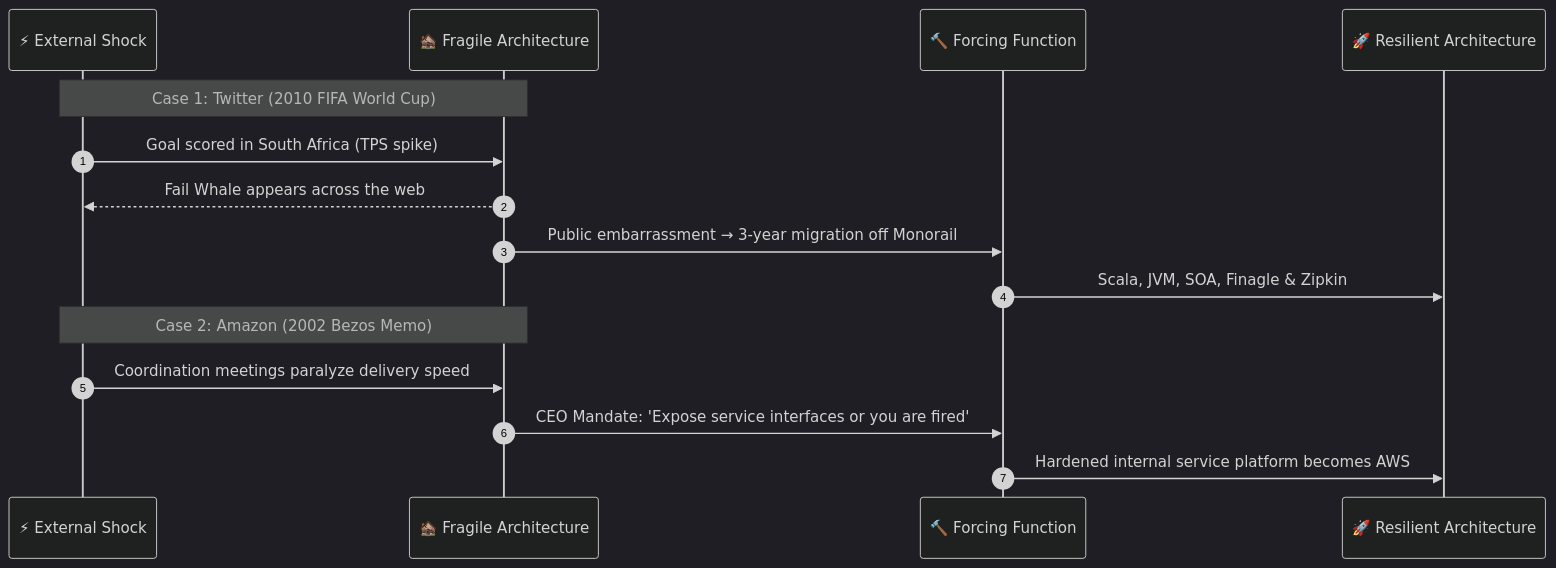
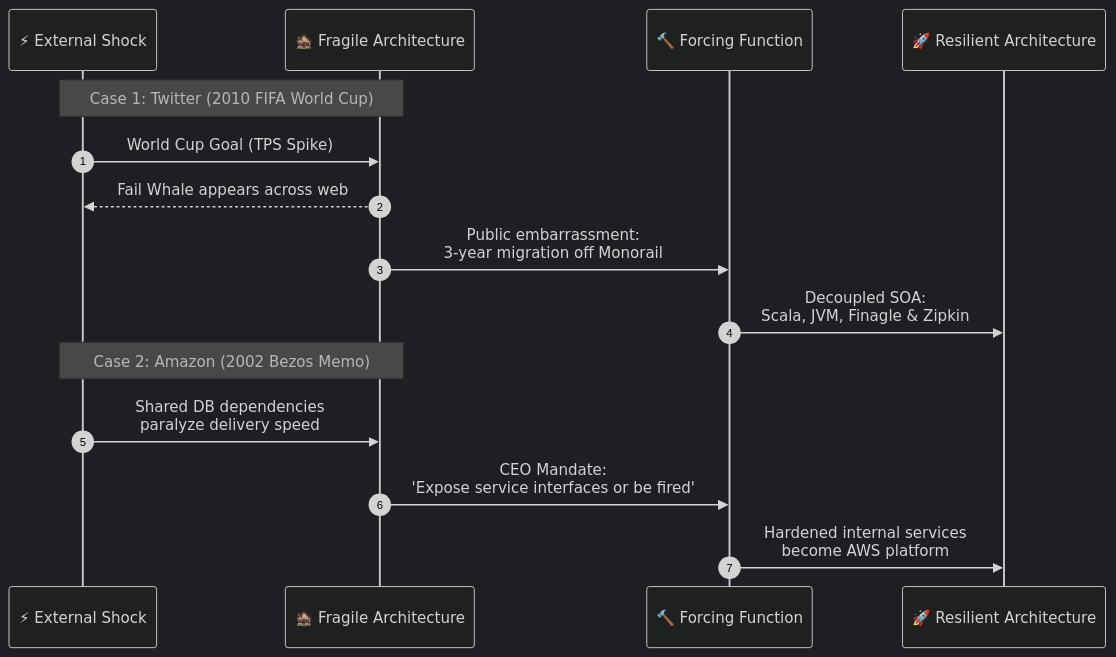
One commit to Dustu103/system-design changed the sixth of 9 diagrams in 01-filestructure/articles/01-your-folder-structure-is-a-message.md. Above: the diagram before and after it, drawn with Mermaid (dark theme). The commit also changed other lines of this file and 2 other files, not shown here.

Commit message:
style: optimize Mermaid diagrams with vertical hierarchy and large legible fonts

````diff
--- a/01-filestructure/articles/01-your-folder-structure-is-a-message.md
+++ b/01-filestructure/articles/01-your-folder-structure-is-a-message.md
@@ -182,19 +188,19 @@
 ```mermaid
 sequenceDiagram
     autonumber
     participant Event as ⚡ External Shock
     participant System as 🏚️ Fragile Architecture
     participant Action as 🔨 Forcing Function
     participant Future as 🚀 Resilient Architecture
 
     Note over Event,System: Case 1: Twitter (2010 FIFA World Cup)
-    Event->>System: Goal scored in South Africa (TPS spike)
-    System-->>Event: Fail Whale appears across the web
-    System->>Action: Public embarrassment → 3-year migration off Monorail
-    Action->>Future: Scala, JVM, SOA, Finagle & Zipkin
+    Event->>System: World Cup Goal (TPS Spike)
+    System-->>Event: Fail Whale appears across web
+    System->>Action: Public embarrassment:<br/>3-year migration off Monorail
+    Action->>Future: Decoupled SOA:<br/>Scala, JVM, Finagle & Zipkin
 
     Note over Event,System: Case 2: Amazon (2002 Bezos Memo)
-    Event->>System: Coordination meetings paralyze delivery speed
-    System->>Action: CEO Mandate: 'Expose service interfaces or you are fired'
-    Action->>Future: Hardened internal service platform becomes AWS
+    Event->>System: Shared DB dependencies<br/>paralyze delivery speed
+    System->>Action: CEO Mandate:<br/>'Expose service interfaces or be fired'
+    Action->>Future: Hardened internal services<br/>become AWS platform
 ```
````
